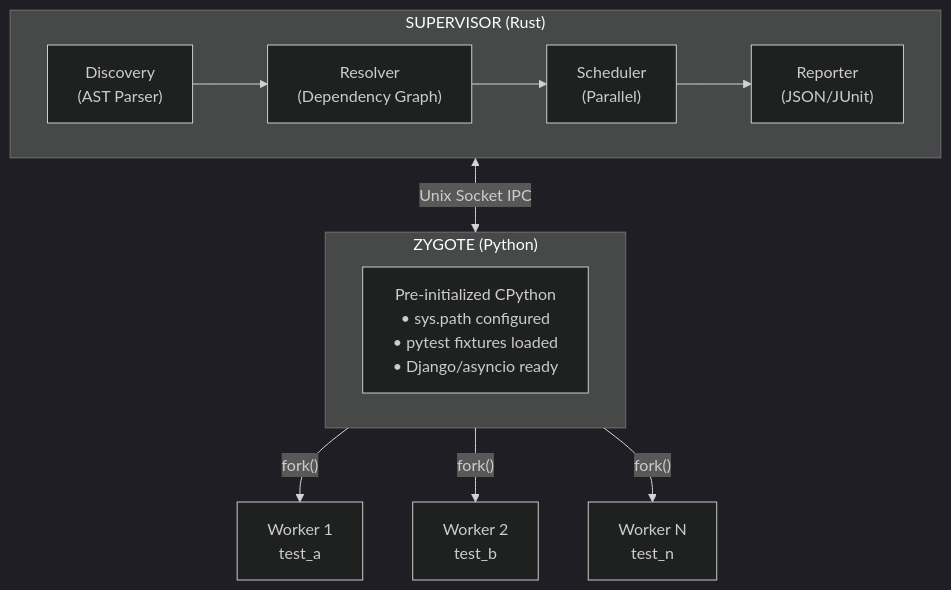
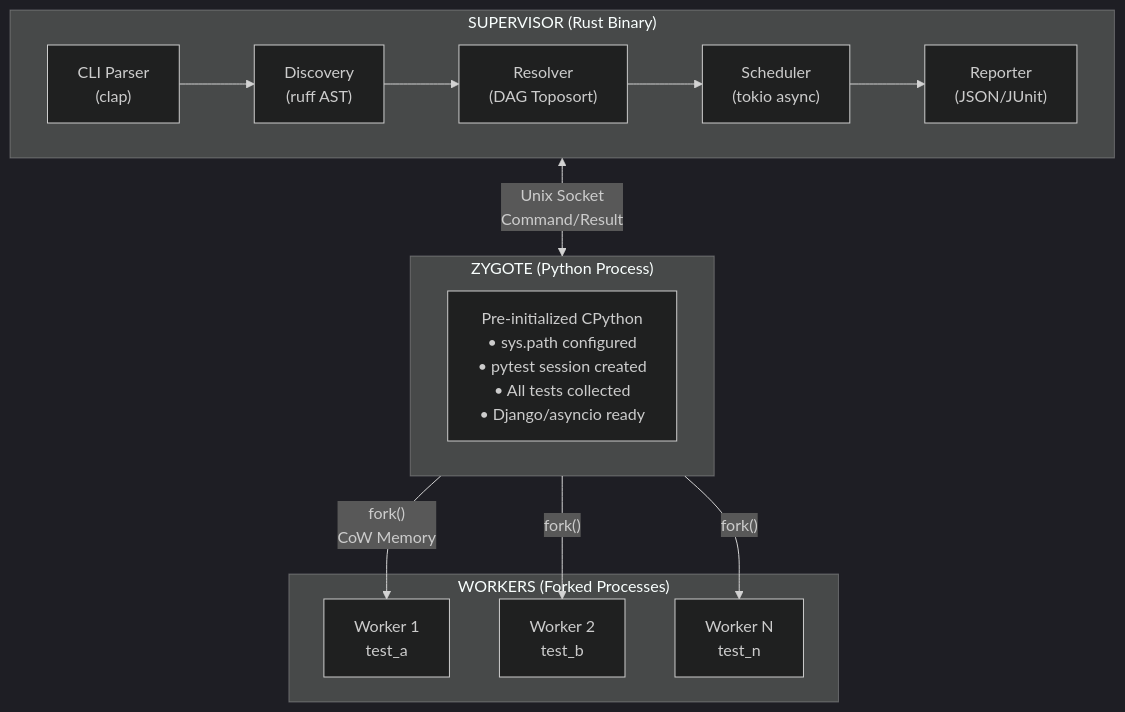
Before and after one commit to NikkeTryHard/tach-core: the diagram in README.md, drawn with Mermaid (dark theme). The commit also changed other lines of this file, not shown here.

Commit message:
docs: comprehensive README with architecture, kernel primitives, and roadmap

````diff
--- a/README.md
+++ b/README.md
@@ -17,20 +78,27 @@
 ```mermaid
 flowchart TB
-    subgraph Supervisor["SUPERVISOR (Rust)"]
-        Discovery["Discovery<br/>(AST Parser)"]
-        Resolver["Resolver<br/>(Dependency Graph)"]
-        Scheduler["Scheduler<br/>(Parallel)"]
+    subgraph Supervisor["SUPERVISOR (Rust Binary)"]
+        CLI["CLI Parser<br/>(clap)"]
+        Discovery["Discovery<br/>(ruff AST)"]
+        Resolver["Resolver<br/>(DAG Toposort)"]
+        Scheduler["Scheduler<br/>(tokio async)"]
         Reporter["Reporter<br/>(JSON/JUnit)"]
-        Discovery --> Resolver --> Scheduler --> Reporter
+
+        CLI --> Discovery --> Resolver --> Scheduler --> Reporter
     end
 
-    subgraph Zygote["ZYGOTE (Python)"]
-        PyInit["Pre-initialized CPython<br/>• sys.path configured<br/>• pytest fixtures loaded<br/>• Django/asyncio ready"]
+    subgraph Zygote["ZYGOTE (Python Process)"]
+        PyInit["Pre-initialized CPython<br/>• sys.path configured<br/>• pytest session created<br/>• All tests collected<br/>• Django/asyncio ready"]
     end
 
-    Supervisor <-->|"Unix Socket IPC"| Zygote
+    subgraph Workers["WORKERS (Forked Processes)"]
+        W1["Worker 1<br/>test_a"]
+        W2["Worker 2<br/>test_b"]
+        WN["Worker N<br/>test_n"]
+    end
 
-    Zygote -->|"fork()"| W1["Worker 1<br/>test_a"]
-    Zygote -->|"fork()"| W2["Worker 2<br/>test_b"]
-    Zygote -->|"fork()"| WN["Worker N<br/>test_n"]
+    Supervisor <-->|"Unix Socket<br/>Command/Result"| Zygote
+    Zygote -->|"fork()<br/>CoW Memory"| W1
+    Zygote -->|"fork()"| W2
+    Zygote -->|"fork()"| WN
 ```
````
